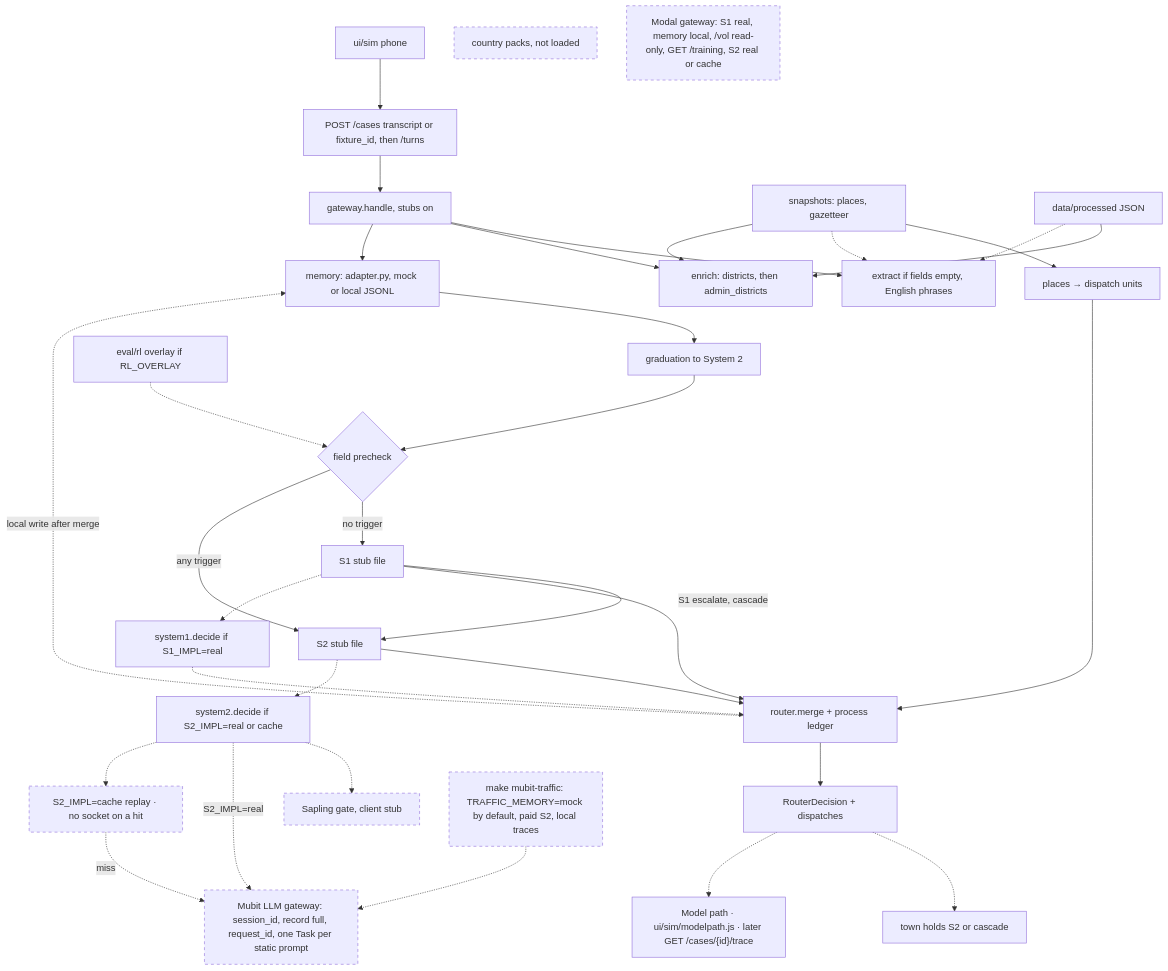
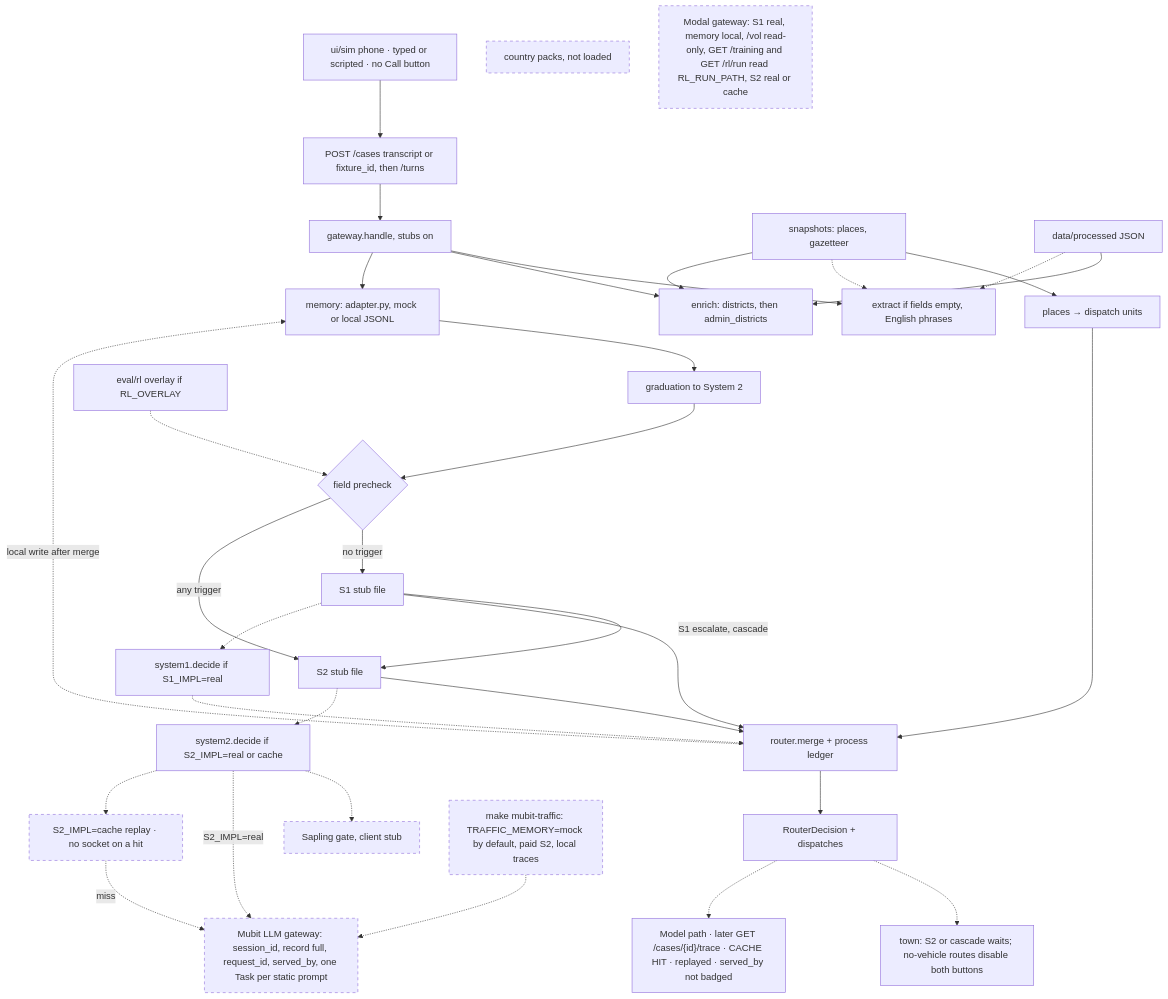
Before and after one commit to melaniepreen/Baan-Safe: the first of 3 diagrams in BaanSafe_Revised_Architecture.md, drawn with Mermaid. The commit also changed other lines of this file and 2 other files, not shown here.

First line of the commit message:
docs: refresh architecture diagram (a3efbcb)

````diff
--- a/BaanSafe_Revised_Architecture.md
+++ b/BaanSafe_Revised_Architecture.md
@@ -20,38 +20,38 @@
 ```mermaid
 flowchart TD
   classDef unwired stroke-dasharray: 5 5
-  phone["ui/sim phone"] --> turns["POST /cases transcript or fixture_id, then /turns"]
+  phone["ui/sim phone · typed or scripted · no Call button"] --> turns["POST /cases transcript or fixture_id, then /turns"]
   turns --> gw["gateway.handle, stubs on"]
   gw --> extract["extract if fields empty, English phrases"]
   gw --> enrich["enrich: districts, then admin_districts"]
   gw --> mem["memory: adapter.py, mock or local JSONL"]
   mem --> grad["graduation to System 2"]
   grad --> pick{"field precheck"}
   pick -->|no trigger| s1["S1 stub file"]
   pick -->|any trigger| s2["S2 stub file"]
   s1 -->|"S1 escalate, cascade"| s2
   ov["eval/rl overlay if RL_OVERLAY"] -.-> pick
   s1 --> merge["router.merge + process ledger"]
   s2 --> merge
   merge -.->|"local write after merge"| mem
   snap["snapshots: places, gazetteer"] --> places["places → dispatch units"]
   places --> merge
   proc["data/processed JSON"] --> enrich
   proc -.-> extract
   snap -.-> extract
   snap --> enrich
   merge --> out["RouterDecision + dispatches"]
-  out -.-> hold["town holds S2 or cascade"]
-  out -.-> path["Model path · ui/sim/modelpath.js · later GET /cases/{id}/trace"]
+  out -.-> hold["town: S2 or cascade waits; no-vehicle routes disable both buttons"]
+  out -.-> path["Model path · later GET /cases/{id}/trace · CACHE HIT · replayed · served_by not badged"]
   s1 -.-> rules["system1.decide if S1_IMPL=real"]
   rules -.-> merge
   s2 -.-> s2d["system2.decide if S2_IMPL=real or cache"]
   s2d -.-> sap["Sapling gate, client stub"]:::unwired
-  s2d -.->|"S2_IMPL=real"| llm["Mubit LLM gateway: session_id, record full, request_id, one Task per static prompt"]:::unwired
+  s2d -.->|"S2_IMPL=real"| llm["Mubit LLM gateway: session_id, record full, request_id, served_by, one Task per static prompt"]:::unwired
   s2d -.-> scache["S2_IMPL=cache replay · no socket on a hit"]:::unwired
   scache -.->|"miss"| llm
   traffic["make mubit-traffic: TRAFFIC_MEMORY=mock by default, paid S2, local traces"]:::unwired
   traffic -.-> llm
   packs["country packs, not loaded"]:::unwired
-  modal["Modal gateway: S1 real, memory local, /vol read-only, GET /training, S2 real or cache"]:::unwired
+  modal["Modal gateway: S1 real, memory local, /vol read-only, GET /training and GET /rl/run read RL_RUN_PATH, S2 real or cache"]:::unwired
 ```
````
